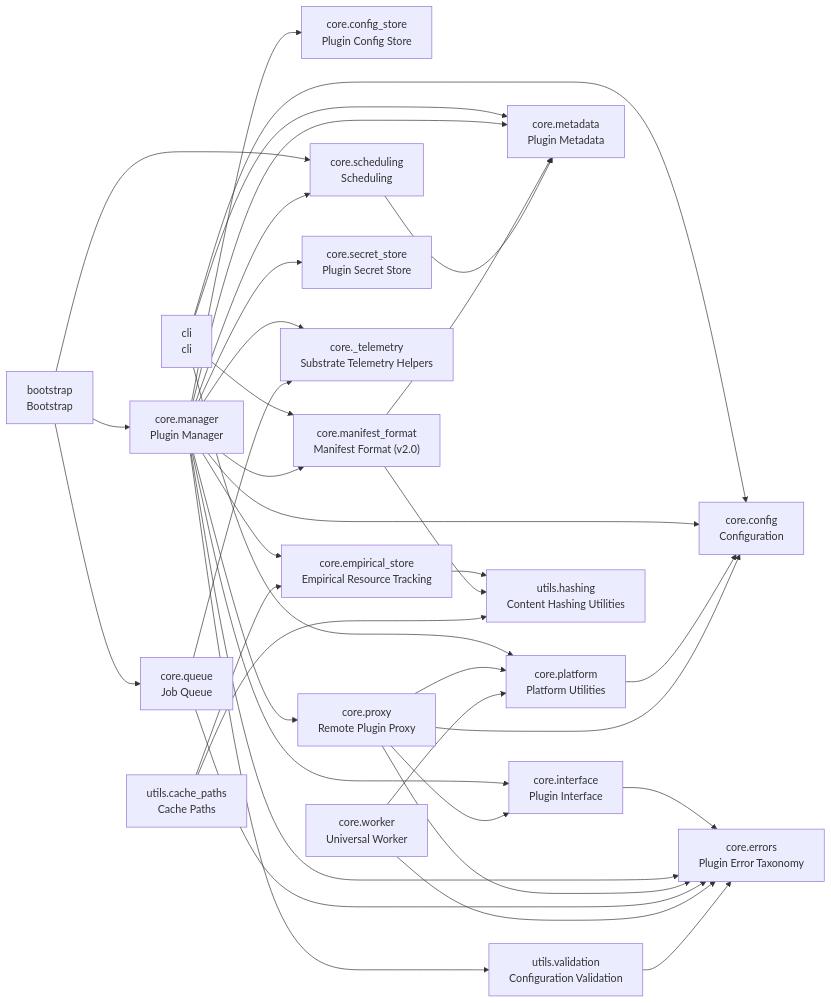
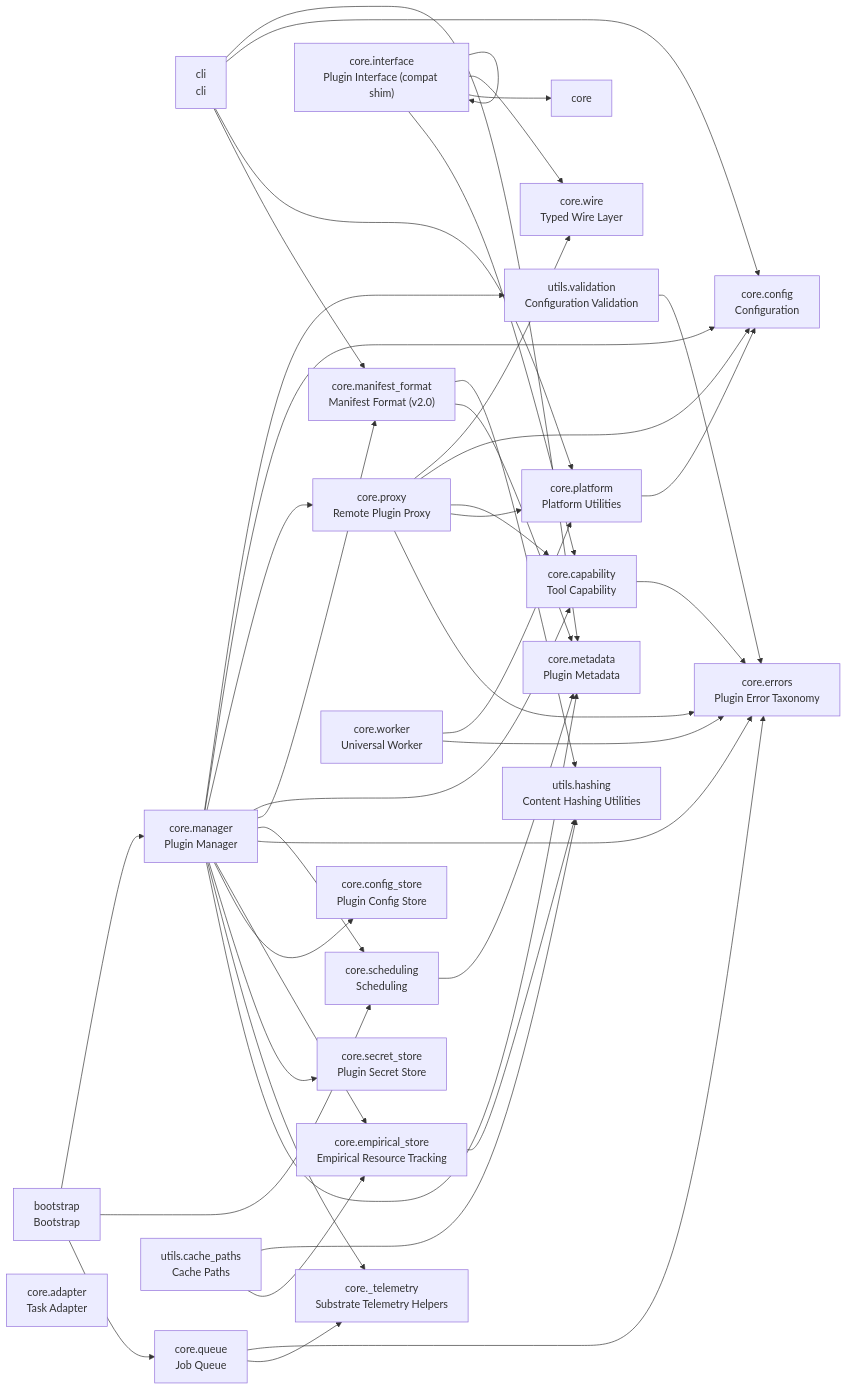
Before and after one commit to cj-mills/cjm-plugin-system: the diagram in README.md, drawn with Mermaid. The commit also changed other lines of this file and 16 other files, not shown here.

First line of the commit message:
Fracture PluginInterface into ToolCapability + TaskAdapter + wire homes (stage 2, pass-2 Thread 3)

````diff
--- a/README.md
+++ b/README.md
@@ -42,60 +45,68 @@
 ``` mermaid
 graph LR
     bootstrap["bootstrap<br/>Bootstrap"]
     cli["cli<br/>cli"]
+    core_adapter["core.adapter<br/>Task Adapter"]
+    core_capability["core.capability<br/>Tool Capability"]
     core_config["core.config<br/>Configuration"]
     core_config_store["core.config_store<br/>Plugin Config Store"]
     core_empirical_store["core.empirical_store<br/>Empirical Resource Tracking"]
     core_errors["core.errors<br/>Plugin Error Taxonomy"]
-    core_interface["core.interface<br/>Plugin Interface"]
+    core_interface["core.interface<br/>Plugin Interface (compat shim)"]
     core_manager["core.manager<br/>Plugin Manager"]
     core_manifest_format["core.manifest_format<br/>Manifest Format (v2.0)"]
     core_metadata["core.metadata<br/>Plugin Metadata"]
     core_platform["core.platform<br/>Platform Utilities"]
     core_proxy["core.proxy<br/>Remote Plugin Proxy"]
     core_queue["core.queue<br/>Job Queue"]
     core_scheduling["core.scheduling<br/>Scheduling"]
     core_secret_store["core.secret_store<br/>Plugin Secret Store"]
     core__telemetry["core._telemetry<br/>Substrate Telemetry Helpers"]
+    core_wire["core.wire<br/>Typed Wire Layer"]
     core_worker["core.worker<br/>Universal Worker"]
     utils_cache_paths["utils.cache_paths<br/>Cache Paths"]
     utils_hashing["utils.hashing<br/>Content Hashing Utilities"]
     utils_validation["utils.validation<br/>Configuration Validation"]
 
+    bootstrap --> core_queue
+    bootstrap --> core_scheduling
     bootstrap --> core_manager
-    bootstrap --> core_scheduling
-    bootstrap --> core_queue
     cli --> core_manifest_format
+    cli --> core_platform
     cli --> core_config
-    cli --> core_platform
     cli --> core_metadata
+    core_capability --> core_errors
     core_empirical_store --> utils_hashing
-    core_interface --> core_errors
+    core_interface --> core_capability
+    core_interface --> core_interface
+    core_interface --> core
+    core_interface --> core_wire
+    core_manager --> core_metadata
+    core_manager --> core__telemetry
     core_manager --> core_secret_store
+    core_manager --> core_config_store
+    core_manager --> core_empirical_store
     core_manager --> core_errors
     core_manager --> core_scheduling
     core_manager --> core_manifest_format
+    core_manager --> core_capability
+    core_manager --> core_proxy
     core_manager --> core_config
-    core_manager --> core_empirical_store
-    core_manager --> core__telemetry
-    core_manager --> core_metadata
     core_manager --> utils_validation
-    core_manager --> core_interface
-    core_manager --> core_config_store
-    core_manager --> core_proxy
     core_manifest_format --> core_metadata
     core_manifest_format --> utils_hashing
     core_platform --> core_config
-    core_proxy --> core_config
     core_proxy --> core_errors
     core_proxy --> core_platform
-    core_proxy --> core_interface
+    core_proxy --> core_capability
+    core_proxy --> core_config
+    core_proxy --> core_wire
+    core_queue --> core__telemetry
     core_queue --> core_errors
-    core_queue --> core__telemetry
     core_scheduling --> core_metadata
     core_worker --> core_errors
     core_worker --> core_platform
     utils_cache_paths --> core_empirical_store
     utils_cache_paths --> utils_hashing
     utils_validation --> core_errors
 ```
````
